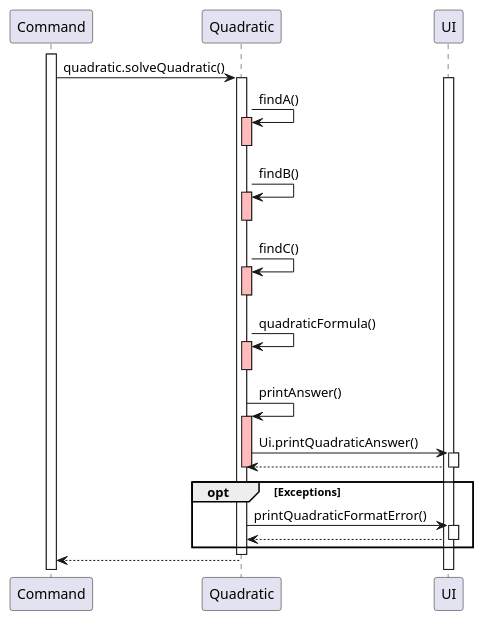
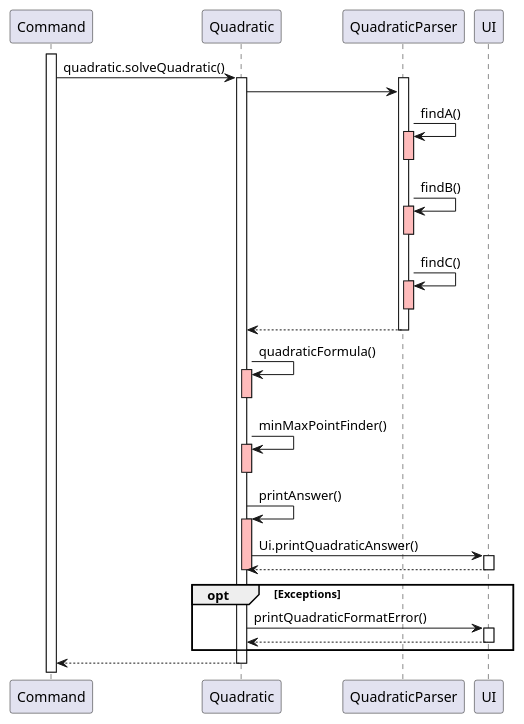
One commit to nus-cs2113-AY2223S2/tp changed the diagram in docs/QuadraticSolver.puml. Above: the diagram before and after it, drawn with PlantUML. The commit also changed 11 other files, not shown here.

```diff
--- a/docs/QuadraticSolver.puml
+++ b/docs/QuadraticSolver.puml
@@ -1,35 +1,41 @@
 @startuml
 'https://plantuml.com/sequence-diagram
 
 activate Command
 Command -> Quadratic: quadratic.solveQuadratic()
-activate UI
 activate Quadratic
-Quadratic -> Quadratic: findA()
+activate QuadraticParser
+Quadratic -> QuadraticParser
+QuadraticParser -> QuadraticParser : findA()
+activate QuadraticParser #FFBBBB
+deactivate QuadraticParser
+QuadraticParser -> QuadraticParser : findB()
+activate QuadraticParser #FFBBBB
+deactivate QuadraticParser
+QuadraticParser -> QuadraticParser : findC()
+activate QuadraticParser #FFBBBB
+deactivate QuadraticParser
+QuadraticParser --> Quadratic
+deactivate QuadraticParser
+Quadratic -> Quadratic: quadraticFormula()
 activate Quadratic #FFBBBB
 deactivate Quadratic
-Quadratic -> Quadratic: findB()
-activate Quadratic #FFBBBB
-deactivate Quadratic
-Quadratic -> Quadratic: findC()
-activate Quadratic #FFBBBB
-deactivate Quadratic
-Quadratic -> Quadratic: quadraticFormula()
+Quadratic -> Quadratic: minMaxPointFinder()
 activate Quadratic #FFBBBB
 deactivate Quadratic
 Quadratic -> Quadratic: printAnswer()
 activate Quadratic #FFBBBB
 Quadratic -> UI: Ui.printQuadraticAnswer()
 activate UI
 UI --> Quadratic
 deactivate UI
 deactivate Quadratic
 opt Exceptions
 Quadratic -> UI: printQuadraticFormatError()
 activate UI
 UI --> Quadratic
 deactivate UI
 end opt
+Quadratic --> Command
 deactivate Quadratic
-Quadratic --> Command
 @enduml
```
